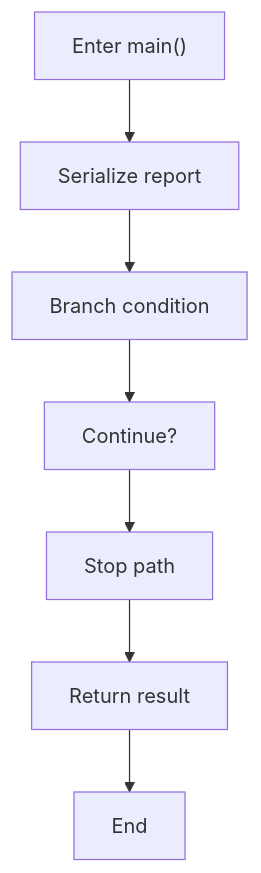
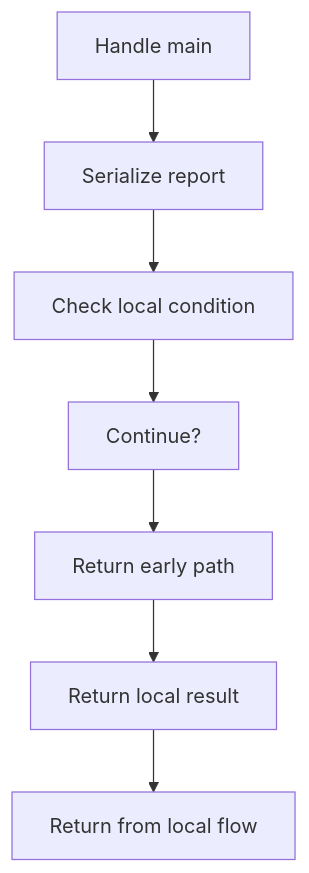
The second of 4 diagrams in docs/Codebase/LegacyPatternTransformSamples/legacy_factory_to_singleton_sample.cpp.md (JohnAndrewBalbarosa/NeoTerritory), drawn with Mermaid before and after one commit. The commit also changed other lines of this file and 925 other files, not shown here.

````diff
--- a/docs/Codebase/LegacyPatternTransformSamples/legacy_factory_to_singleton_sample.cpp.md
+++ b/docs/Codebase/LegacyPatternTransformSamples/legacy_factory_to_singleton_sample.cpp.md
@@ -49,16 +48,16 @@
 ```mermaid
 flowchart TD
-    N0["Enter main()"]
+    N0["Handle main"]
     N1["Serialize report"]
-    N2["Branch condition"]
+    N2["Check local condition"]
     N3["Continue?"]
-    N4["Stop path"]
-    N5["Return result"]
-    N6["End"]
+    N4["Return early path"]
+    N5["Return local result"]
+    N6["Return from local flow"]
     N0 --> N1
     N1 --> N2
     N2 --> N3
     N3 --> N4
     N4 --> N5
     N5 --> N6
 ```
````
